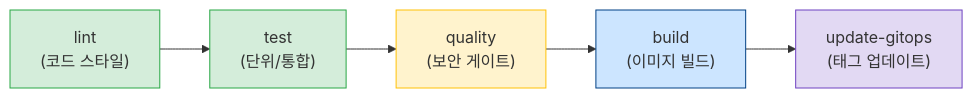
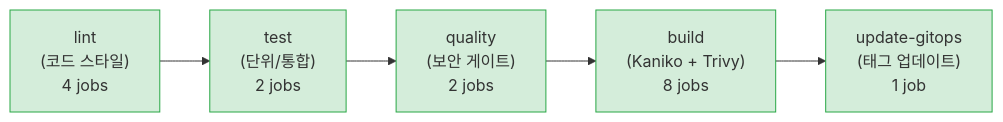
Before and after one commit to k82022603/RummiArena: the first of 7 diagrams in docs/03-development/11-devsecops-cicd-guide.md, drawn with Mermaid. The commit also changed other lines of this file and 15 other files, not shown here.

````diff
--- a/docs/03-development/11-devsecops-cicd-guide.md
+++ b/docs/03-development/11-devsecops-cicd-guide.md
@@ -33,13 +35,13 @@
 ```mermaid
 flowchart LR
-    L["lint\n(코드 스타일)"] --> T["test\n(단위/통합)"]
-    T --> Q["quality\n(보안 게이트)"]
-    Q --> B["build\n(이미지 빌드)"]
-    B --> G["update-gitops\n(태그 업데이트)"]
+    L["lint\n(코드 스타일)\n4 jobs"] --> T["test\n(단위/통합)\n2 jobs"]
+    T --> Q["quality\n(보안 게이트)\n2 jobs"]
+    Q --> B["build\n(Kaniko + Trivy)\n8 jobs"]
+    B --> G["update-gitops\n(태그 업데이트)\n1 job"]
 
     style L fill:#d4edda,stroke:#28a745
     style T fill:#d4edda,stroke:#28a745
-    style Q fill:#fff3cd,stroke:#ffc107
-    style B fill:#cce5ff,stroke:#004085
-    style G fill:#e2d9f3,stroke:#6f42c1
+    style Q fill:#d4edda,stroke:#28a745
+    style B fill:#d4edda,stroke:#28a745
+    style G fill:#d4edda,stroke:#28a745
 ```
````
